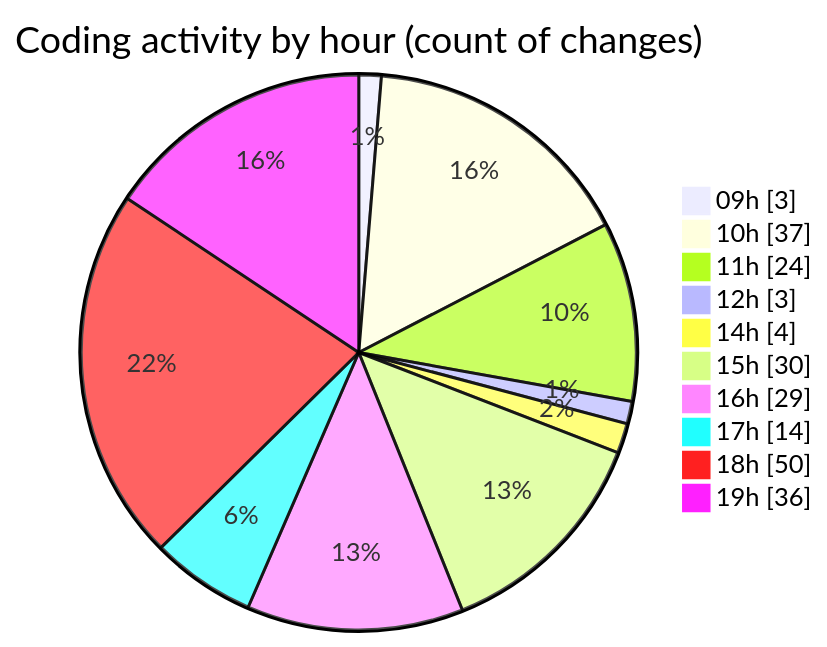
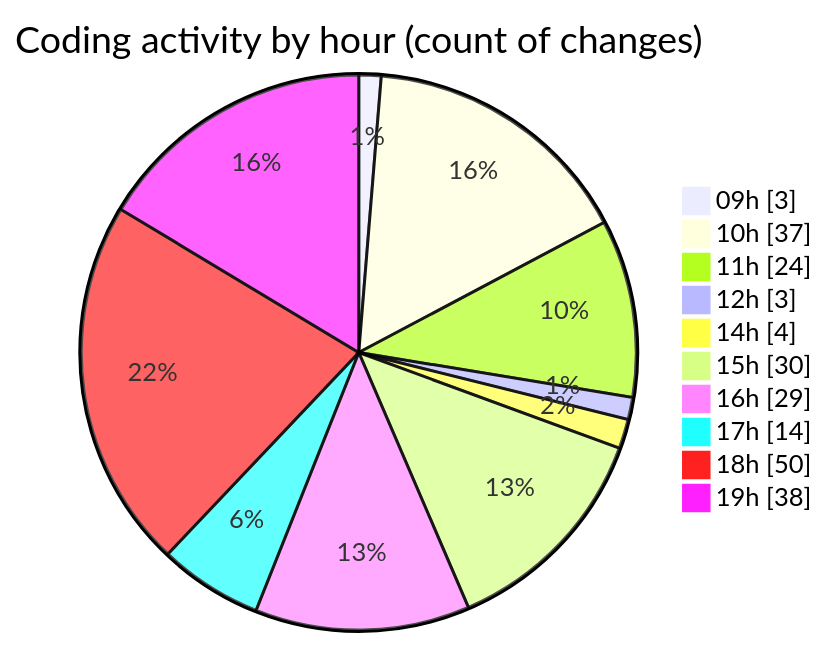
Before and after one commit to CELIANVF/code-tracking: the second of 2 diagrams in 2025-05-02/ecodeli/README.md, drawn with Mermaid. The commit also changed other lines of this file and 1 other file, not shown here.

````diff
--- a/2025-05-02/ecodeli/README.md
+++ b/2025-05-02/ecodeli/README.md
@@ -104,14 +104,14 @@
 ```mermaid
 pie showData
 title Coding activity by hour (count of changes)
 "09h" : 3
 "10h" : 37
 "11h" : 24
 "12h" : 3
 "14h" : 4
 "15h" : 30
 "16h" : 29
 "17h" : 14
 "18h" : 50
-"19h" : 36
+"19h" : 38
 ```
````
